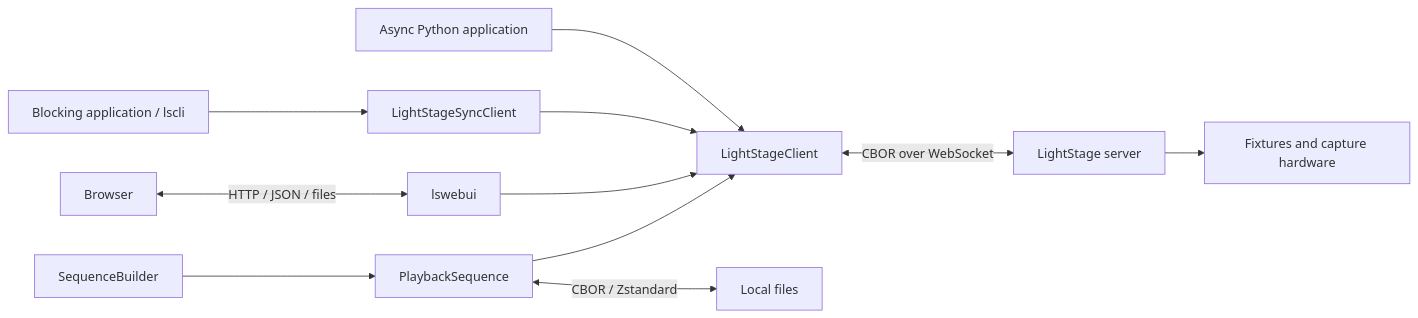
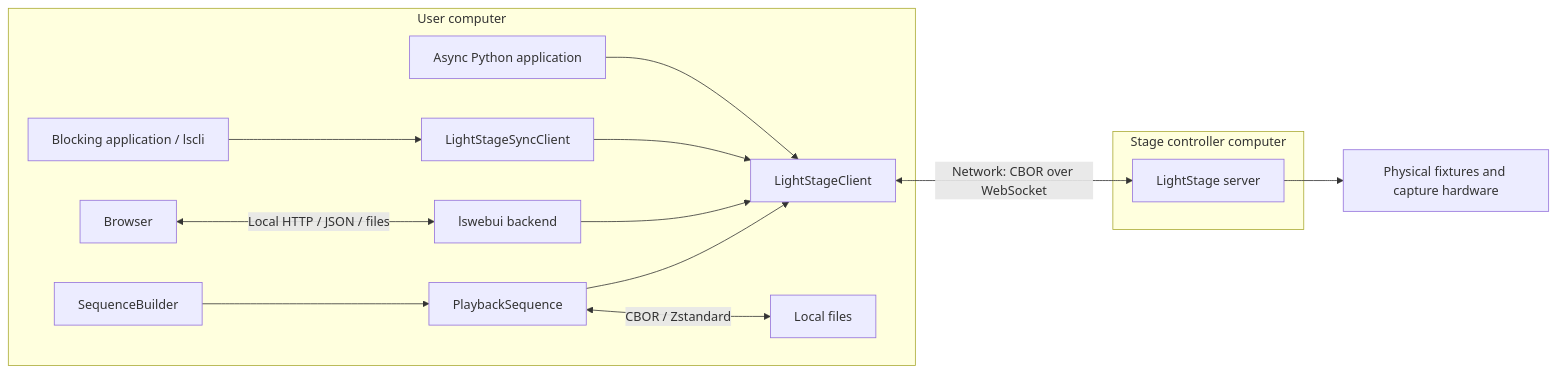
One commit to ImperialCollegeLondon/pylightstage changed the first of 2 diagrams in README.md. Above: the diagram before and after it, drawn with Mermaid. The commit also changed other lines of this file, not shown here.

Commit message:
docs: overhaul control flow diagram

````diff
--- a/README.md
+++ b/README.md
@@ -90,13 +90,18 @@
 ```mermaid
 flowchart LR
-    Async["Async Python application"] --> Client["LightStageClient"]
-    CLI["Blocking application / lscli"] --> Sync["LightStageSyncClient"]
-    Sync --> Client
-    Browser["Browser"] <-->|"HTTP / JSON / files"| Web["lswebui"]
-    Web --> Client
-    Builder["SequenceBuilder"] --> Sequence["PlaybackSequence"]
-    Sequence --> Client
-    Sequence <-->|"CBOR / Zstandard"| Disk["Local files"]
-    Client <-->|"CBOR over WebSocket"| Server["LightStage server"]
-    Server --> Hardware["Fixtures and capture hardware"]
+    subgraph Computer["User computer"]
+        Async["Async Python application"] --> Client["LightStageClient"]
+        CLI["Blocking application / lscli"] --> Sync["LightStageSyncClient"]
+        Sync --> Client
+        Browser["Browser"] <-->|"Local HTTP / JSON / files"| Web["lswebui backend"]
+        Web --> Client
+        Builder["SequenceBuilder"] --> Sequence["PlaybackSequence"]
+        Sequence --> Client
+        Sequence <-->|"CBOR / Zstandard"| Disk["Local files"]
+    end
+    subgraph Controller["Stage controller computer"]
+        Server["LightStage server"]
+    end
+    Client <-->|"Network: CBOR over WebSocket"| Server
+    Server --> Hardware["Physical fixtures and capture hardware"]
 ```
````
